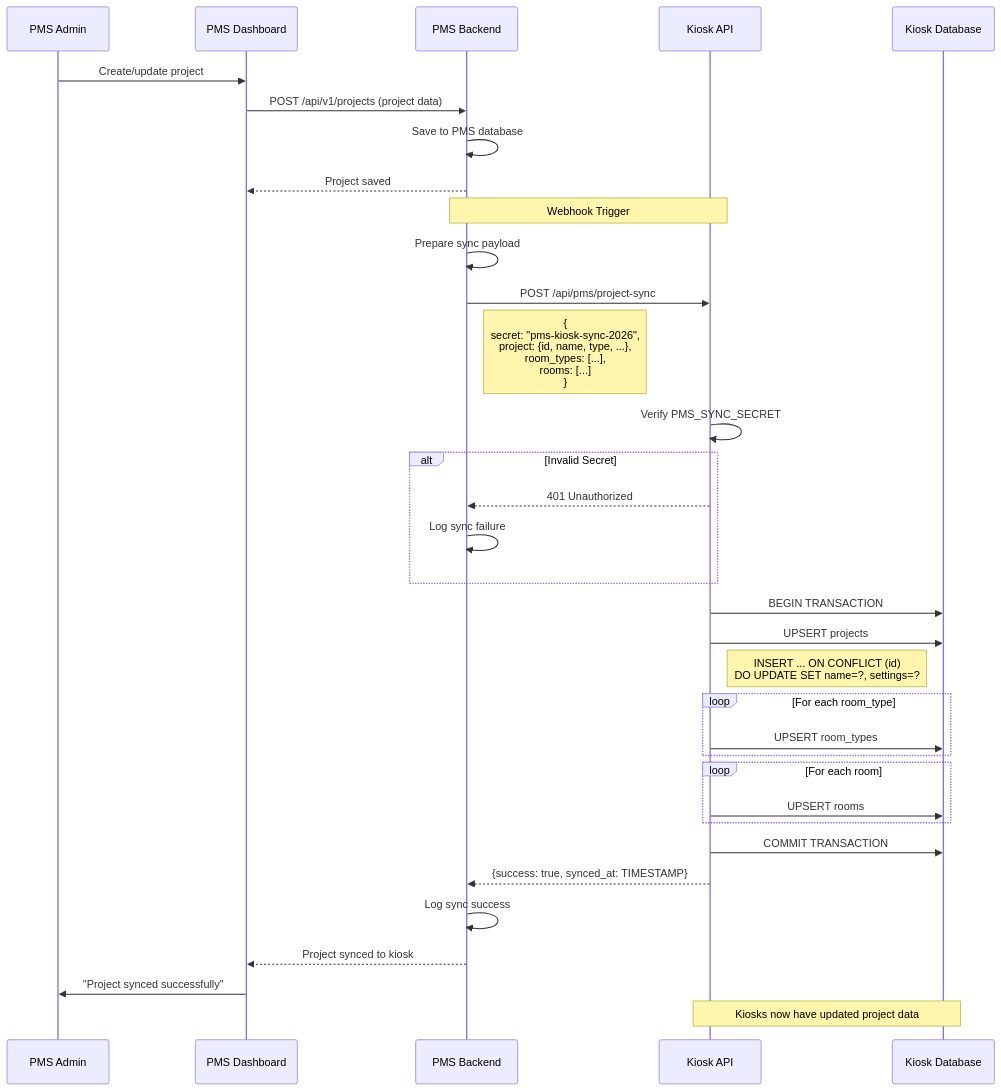
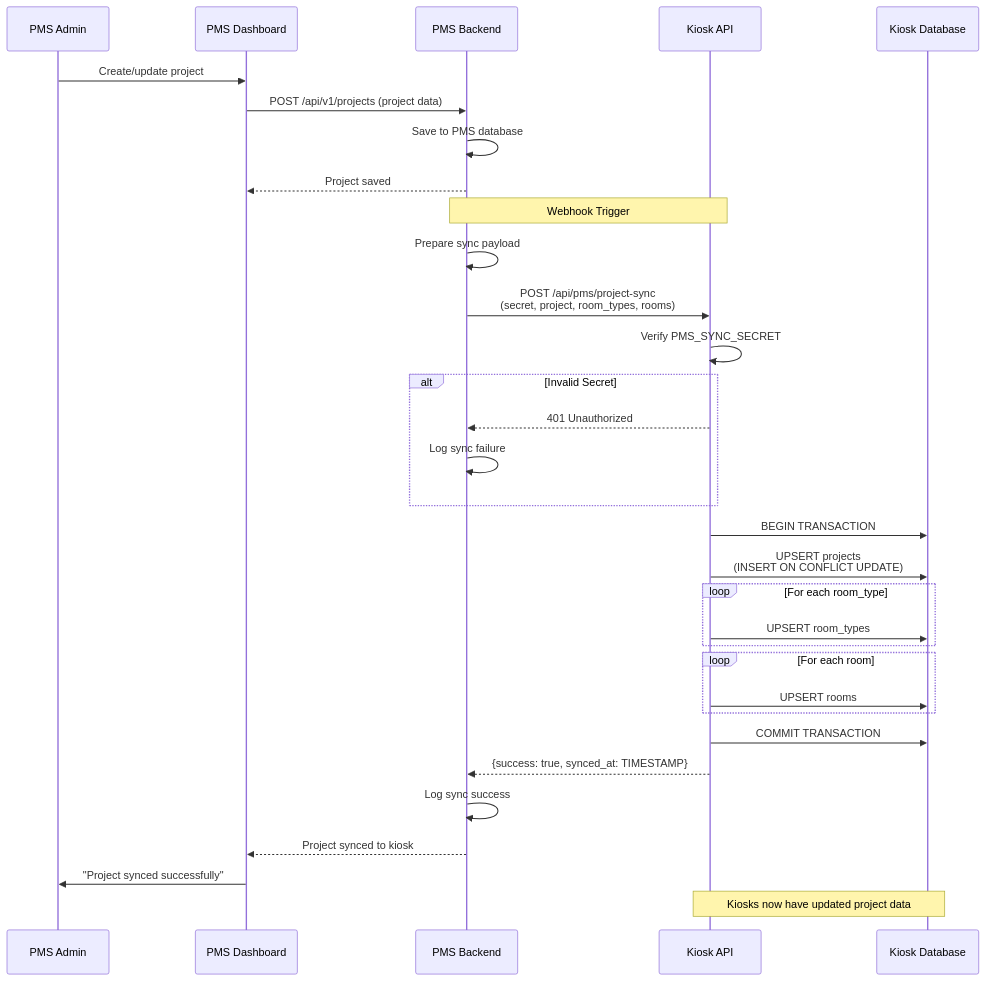
The sixth of 9 diagrams in docs/07-flows.md (jeongk31/hio-checkin-kiosk), drawn with Mermaid before and after one commit. The commit also changed other lines of this file, not shown here.

````diff
--- a/docs/07-flows.md
+++ b/docs/07-flows.md
@@ -455,48 +453,46 @@
 ```mermaid
 sequenceDiagram
     participant Admin as PMS Admin
     participant PMS_UI as PMS Dashboard
     participant PMS_API as PMS Backend
     participant Kiosk_API as Kiosk API
     participant DB_Kiosk as Kiosk Database
 
     Admin->>PMS_UI: Create/update project
     PMS_UI->>PMS_API: POST /api/v1/projects (project data)
     PMS_API->>PMS_API: Save to PMS database
     PMS_API-->>PMS_UI: Project saved
 
     Note over PMS_API,Kiosk_API: Webhook Trigger
 
     PMS_API->>PMS_API: Prepare sync payload
-    PMS_API->>Kiosk_API: POST /api/pms/project-sync
-    Note right of PMS_API: {<br/>  secret: "pms-kiosk-sync-2026",<br/>  project: {id, name, type, ...},<br/>  room_types: [...],<br/>  rooms: [...]<br/>}
+    PMS_API->>Kiosk_API: POST /api/pms/project-sync<br/>(secret, project, room_types, rooms)
 
     Kiosk_API->>Kiosk_API: Verify PMS_SYNC_SECRET
 
     alt Invalid Secret
         Kiosk_API-->>PMS_API: 401 Unauthorized
         PMS_API->>PMS_API: Log sync failure
     end
 
     Kiosk_API->>DB_Kiosk: BEGIN TRANSACTION
 
-    Kiosk_API->>DB_Kiosk: UPSERT projects
-    Note right of Kiosk_API: INSERT ... ON CONFLICT (id)<br/>DO UPDATE SET name=?, settings=?
+    Kiosk_API->>DB_Kiosk: UPSERT projects<br/>(INSERT ON CONFLICT UPDATE)
 
     loop For each room_type
         Kiosk_API->>DB_Kiosk: UPSERT room_types
     end
 
     loop For each room
         Kiosk_API->>DB_Kiosk: UPSERT rooms
     end
 
     Kiosk_API->>DB_Kiosk: COMMIT TRANSACTION
     Kiosk_API-->>PMS_API: {success: true, synced_at: TIMESTAMP}
 
     PMS_API->>PMS_API: Log sync success
     PMS_API-->>PMS_UI: Project synced to kiosk
     PMS_UI->>Admin: "Project synced successfully"
 
     Note over Kiosk_API,DB_Kiosk: Kiosks now have updated project data
 ```
````
